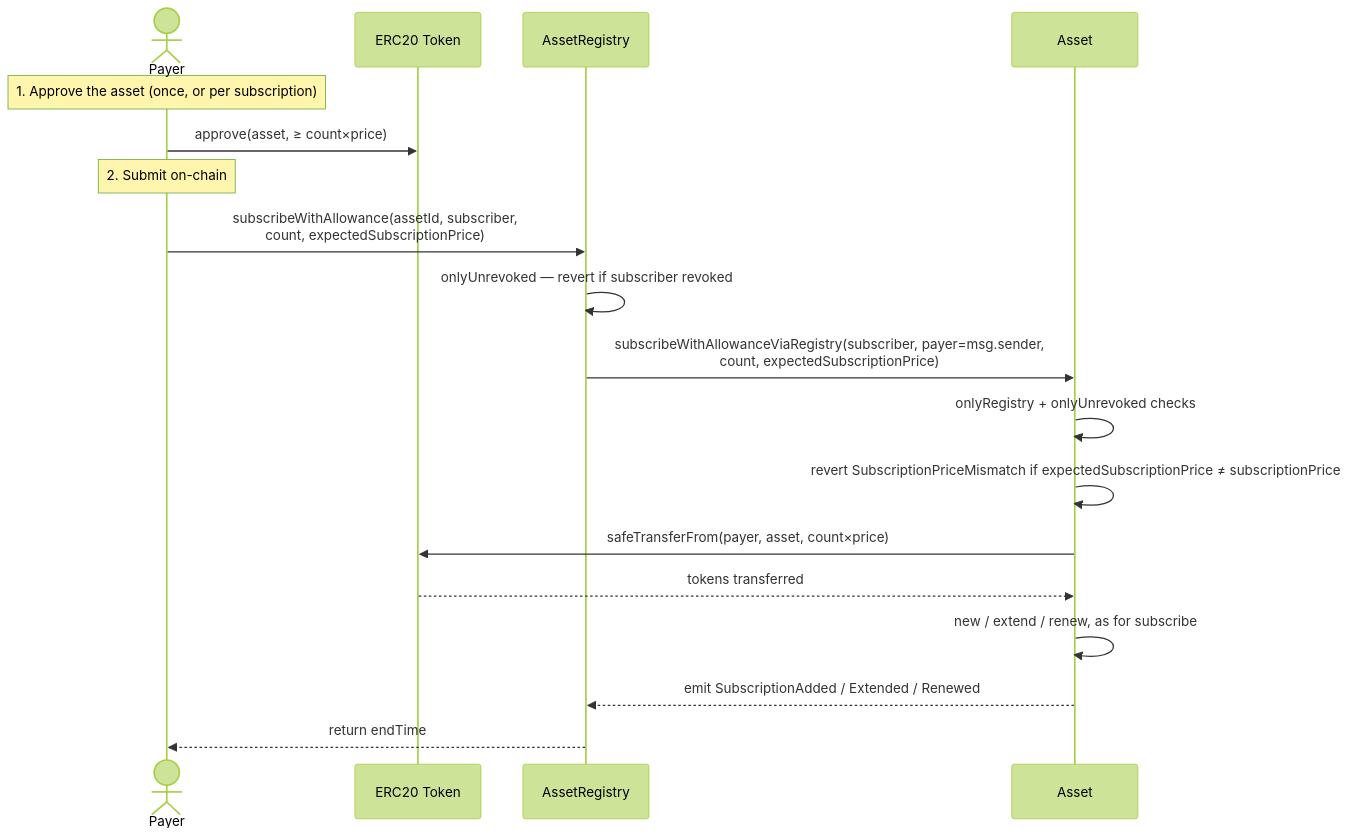
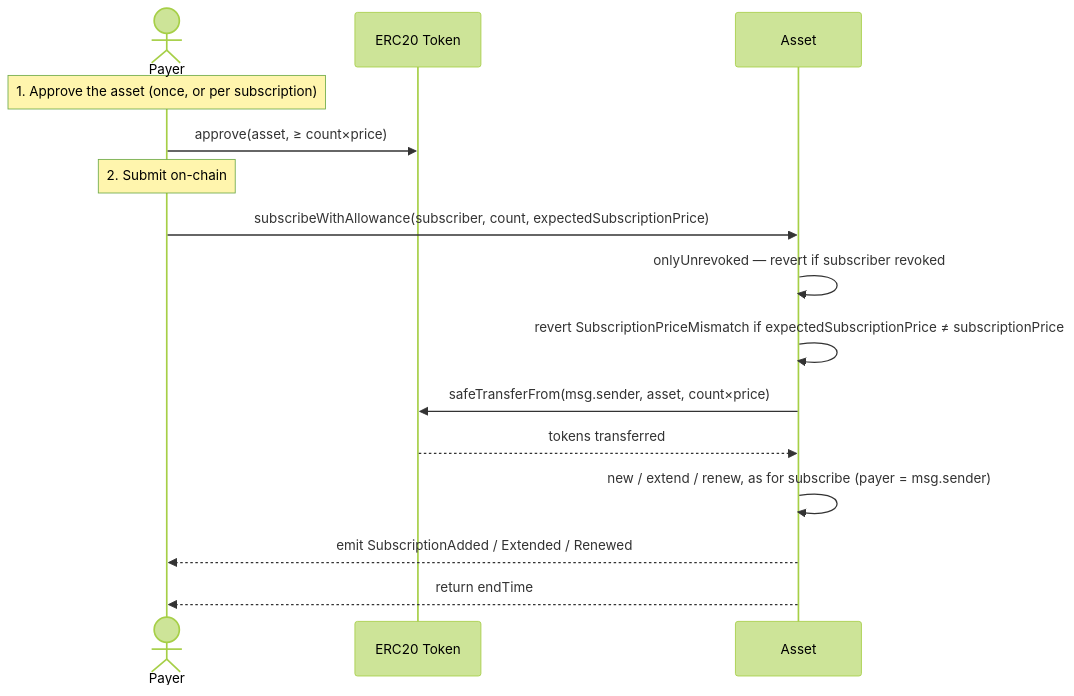
Before and after one commit to klanggames/open-creator-rails: the fifth of 12 diagrams in docs/execution-flows.md, drawn with Mermaid (forest theme). The commit also changed other lines of this file and 15 other files, not shown here.

First line of the commit message:
refactor: remove the registry route for subscribeWithAllowance

````diff
--- a/docs/execution-flows.md
+++ b/docs/execution-flows.md
@@ -204,23 +204,20 @@
 ```mermaid
 sequenceDiagram
     actor P as Payer
     participant ERC20 as ERC20 Token
-    participant AR as AssetRegistry
     participant A as Asset
 
     Note over P: 1. Approve the asset (once, or per subscription)
     P->>ERC20: approve(asset, ≥ count×price)
 
     Note over P: 2. Submit on-chain
-    P->>AR: subscribeWithAllowance(assetId, subscriber,<br/>count, expectedSubscriptionPrice)
-    AR->>AR: onlyUnrevoked — revert if subscriber revoked
-    AR->>A: subscribeWithAllowanceViaRegistry(subscriber, payer=msg.sender,<br/>count, expectedSubscriptionPrice)
-    A->>A: onlyRegistry + onlyUnrevoked checks
+    P->>A: subscribeWithAllowance(subscriber, count, expectedSubscriptionPrice)
+    A->>A: onlyUnrevoked — revert if subscriber revoked
     A->>A: revert SubscriptionPriceMismatch if expectedSubscriptionPrice ≠ subscriptionPrice
-    A->>ERC20: safeTransferFrom(payer, asset, count×price)
+    A->>ERC20: safeTransferFrom(msg.sender, asset, count×price)
     ERC20-->>A: tokens transferred
 
-    A->>A: new / extend / renew, as for subscribe
-    A-->>AR: emit SubscriptionAdded / Extended / Renewed
-    AR-->>P: return endTime
+    A->>A: new / extend / renew, as for subscribe (payer = msg.sender)
+    A-->>P: emit SubscriptionAdded / Extended / Renewed
+    A-->>P: return endTime
 ```
````
